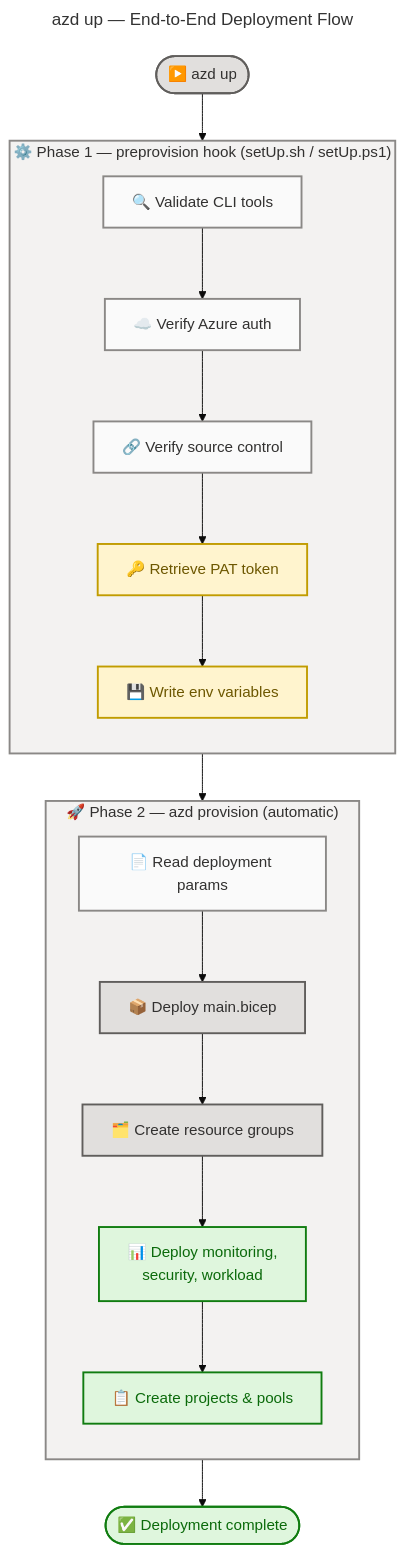
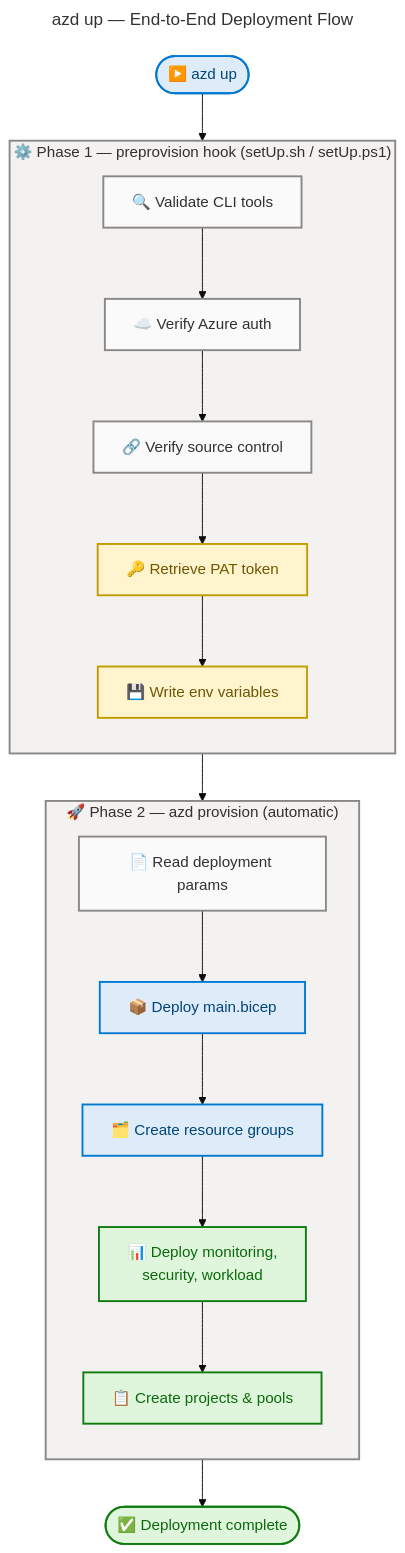
Before and after one commit to Evilazaro/DevExp-DevBox: the second of 2 diagrams in README.md, drawn with Mermaid. The commit also changed other lines of this file, not shown here.

Commit message:
docs: update color documentation in flowcharts for clarity and consistency

````diff
--- a/README.md
+++ b/README.md
@@ -250,71 +250,71 @@
 ```mermaid
 ---
 title: "azd up — End-to-End Deployment Flow"
 config:
   theme: base
   look: classic
   layout: dagre
   themeVariables:
     fontSize: '16px'
   flowchart:
     htmlLabels: true
 ---
 flowchart TB
     accTitle: azd up — End-to-End Deployment Flow
     accDescr: Shows the two-phase deployment process — preprovision setup followed by Bicep infrastructure provisioning
 
     %% ═══════════════════════════════════════════════════════════════════════════
     %% AZURE / FLUENT ARCHITECTURE PATTERN v1.1
     %% (Semantic + Structural + Font + Accessibility Governance)
     %% ═══════════════════════════════════════════════════════════════════════════
     %% PHASE 1 - STRUCTURAL: Direction explicit, flat topology, nesting ≤ 3
     %% PHASE 2 - SEMANTIC: Colors justified, max 5 semantic classes, neutral-first
     %% PHASE 3 - FONT: Dark text on light backgrounds, contrast ≥ 4.5:1
     %% PHASE 4 - ACCESSIBILITY: accTitle/accDescr present, icons on all nodes
     %% PHASE 5 - STANDARD: Governance block present, classDefs centralized
     %% ═══════════════════════════════════════════════════════════════════════════
 
     %% COLOR DOCUMENTATION
-    %% core (#E1DFDD) — Entry/exit and deployment operations (azd up, Bicep deploy)
+    %% neutral (#FAFAFA) — Validation and read operations
+    %% core (#DEECF9) — Entry/exit and deployment operations (azd up, Bicep deploy)
     %% success (#DFF6DD) — Completed deployment stages
     %% warning (#FFF4CE) — Security-sensitive operations (PAT, secrets)
-    %% neutral (#FAFAFA) — Validation and read operations
 
     start(["▶️ azd up"]):::core --> phase1
 
     subgraph phase1["⚙️ Phase 1 — preprovision hook (setUp.sh / setUp.ps1)"]
         direction TB
         step1["🔍 Validate CLI tools"]:::neutral
         step2["☁️ Verify Azure auth"]:::neutral
         step3["🔗 Verify source control"]:::neutral
         step4["🔑 Retrieve PAT token"]:::warning
         step5["💾 Write env variables"]:::warning
 
         step1 --> step2 --> step3 --> step4 --> step5
     end
 
     phase1 --> phase2
 
     subgraph phase2["🚀 Phase 2 — azd provision (automatic)"]
         direction TB
         prov1["📄 Read deployment params"]:::neutral
         prov2["📦 Deploy main.bicep"]:::core
         prov3["🗂️ Create resource groups"]:::core
         prov4["📊 Deploy monitoring,<br>security, workload"]:::success
         prov5["📋 Create projects & pools"]:::success
 
         prov1 --> prov2 --> prov3 --> prov4 --> prov5
     end
 
     prov5 --> done(["✅ Deployment complete"]):::success
 
     %% SUBGRAPH STYLING — uniform neutral fills (2 subgraphs = 2 style directives)
     style phase1 fill:#F3F2F1,stroke:#8A8886,stroke-width:2px,color:#323130
     style phase2 fill:#F3F2F1,stroke:#8A8886,stroke-width:2px,color:#323130
 
-    %% Centralized classDef palette (canonical — max 5 semantic classes)
-    classDef core fill:#E1DFDD,stroke:#605E5C,stroke-width:2px,color:#323130
+    %% Centralized classDef palette (canonical — neutral-first, max 4 semantic classes)
+    classDef neutral fill:#FAFAFA,stroke:#8A8886,stroke-width:2px,color:#323130
+    classDef core fill:#DEECF9,stroke:#0078D4,stroke-width:2px,color:#004578
     classDef success fill:#DFF6DD,stroke:#107C10,stroke-width:2px,color:#0B6A0B
     classDef warning fill:#FFF4CE,stroke:#C19C00,stroke-width:2px,color:#6D5700
-    classDef neutral fill:#FAFAFA,stroke:#8A8886,stroke-width:2px,color:#323130
 ```
````
